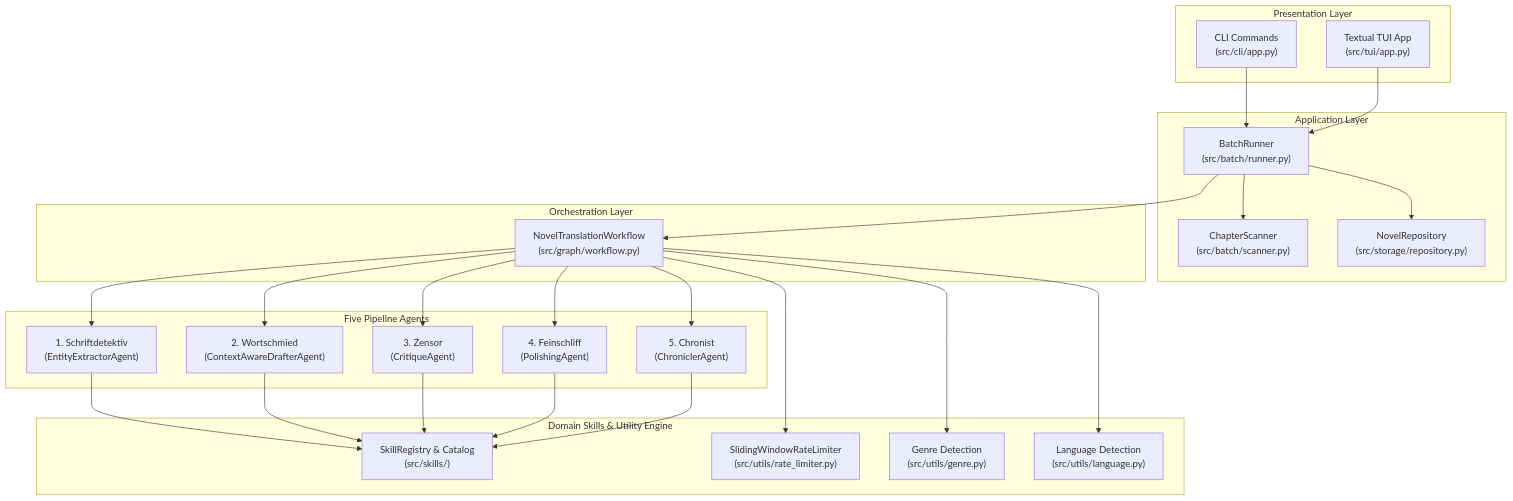
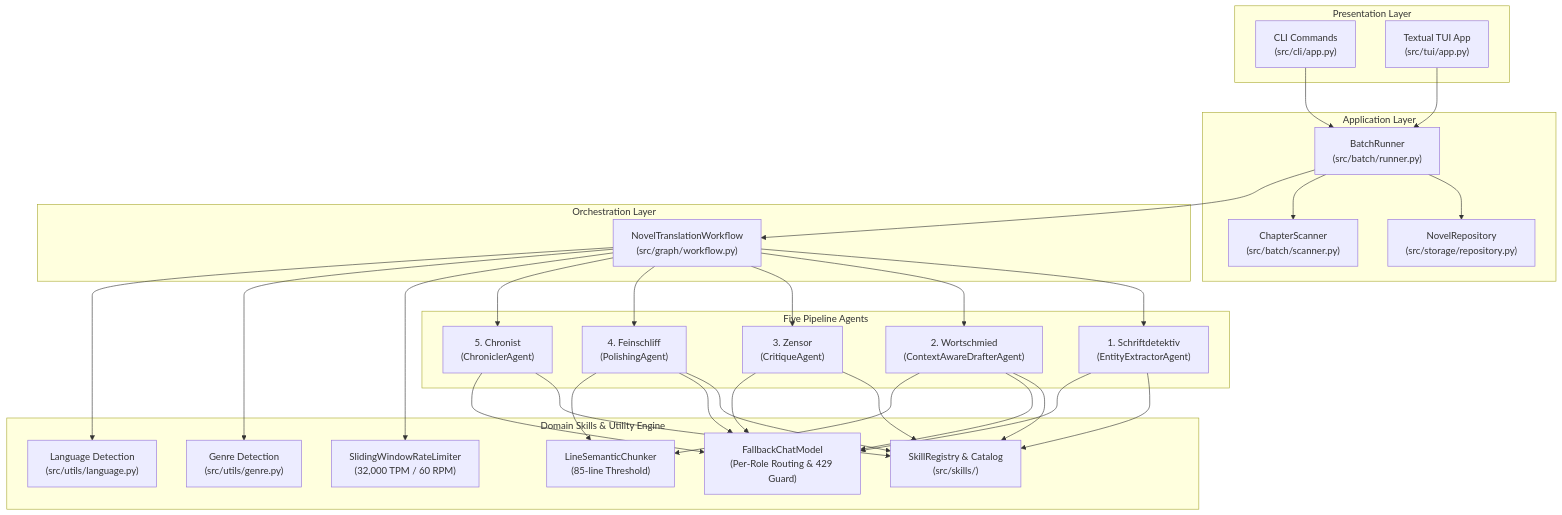
One commit to Checkmartyr/NouSetsu changed the first of 2 diagrams in AGENT.md. Above: the diagram before and after it, drawn with Mermaid. The commit also changed other lines of this file and 8 other files, not shown here.

````diff
--- a/AGENT.md
+++ b/AGENT.md
@@ -17,47 +17,51 @@
 ```mermaid
 graph TD
     subgraph "Presentation Layer"
         CLI["CLI Commands<br>(src/cli/app.py)"]
         TUI["Textual TUI App<br>(src/tui/app.py)"]
     end
 
     subgraph "Application Layer"
         BR["BatchRunner<br>(src/batch/runner.py)"]
         CS["ChapterScanner<br>(src/batch/scanner.py)"]
         REPO["NovelRepository<br>(src/storage/repository.py)"]
     end
 
     subgraph "Orchestration Layer"
         WF["NovelTranslationWorkflow<br>(src/graph/workflow.py)"]
     end
 
     subgraph "Five Pipeline Agents"
         A1["1. Schriftdetektiv<br>(EntityExtractorAgent)"]
         A2["2. Wortschmied<br>(ContextAwareDrafterAgent)"]
         A3["3. Zensor<br>(CritiqueAgent)"]
         A4["4. Feinschliff<br>(PolishingAgent)"]
         A5["5. Chronist<br>(ChroniclerAgent)"]
     end
 
     subgraph "Domain Skills & Utility Engine"
         SKILLS["SkillRegistry & Catalog<br>(src/skills/)"]
-        RL["SlidingWindowRateLimiter<br>(src/utils/rate_limiter.py)"]
+        RL["SlidingWindowRateLimiter<br>(32,000 TPM / 60 RPM)"]
+        FALLBACK["FallbackChatModel<br>(Per-Role Routing & 429 Guard)"]
+        CHUNKER["LineSemanticChunker<br>(85-line Threshold)"]
         GENRE["Genre Detection<br>(src/utils/genre.py)"]
         LANG["Language Detection<br>(src/utils/language.py)"]
     end
 
     CLI --> BR
     TUI --> BR
     BR --> REPO
     BR --> CS
     BR --> WF
     WF --> A1
     WF --> A2
     WF --> A3
     WF --> A4
     WF --> A5
     A1 & A2 & A3 & A4 & A5 --> SKILLS
+    A1 & A2 & A3 & A4 & A5 --> FALLBACK
+    A2 & A4 --> CHUNKER
     WF --> RL
     WF --> GENRE
     WF --> LANG
 ```
````
